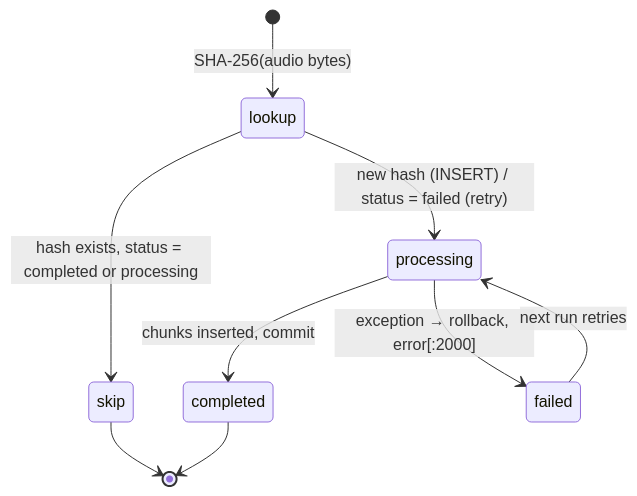
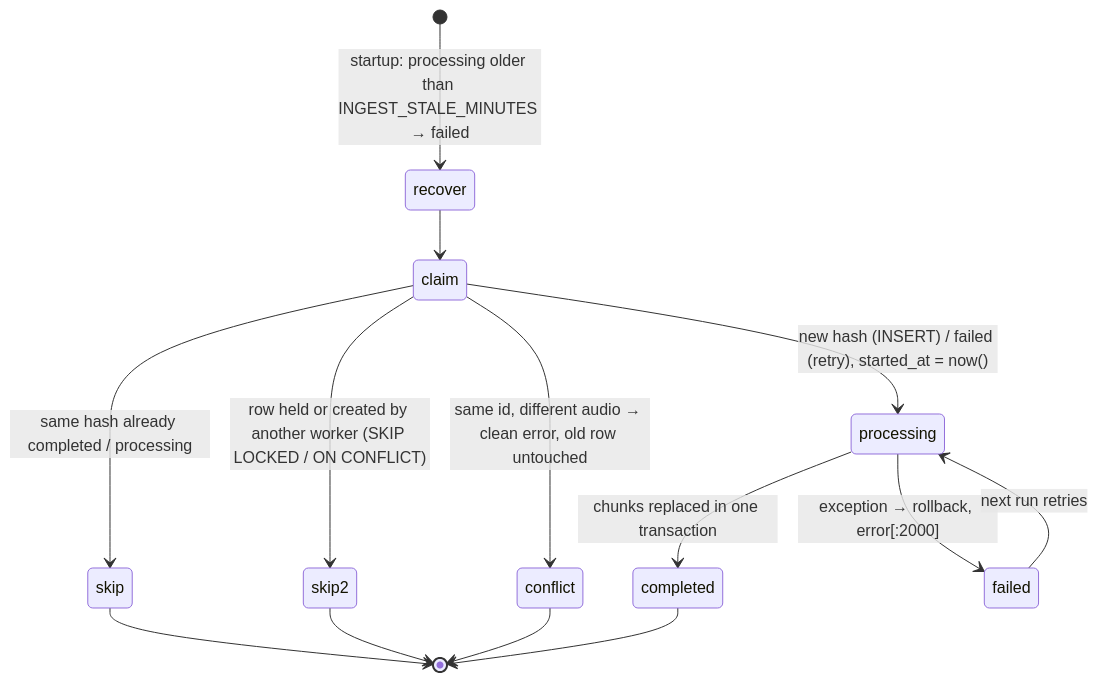
Before and after one commit to amolgupta7/G2-Hackathon: the second of 2 diagrams in docs/ARCHITECTURE.md, drawn with Mermaid. The commit also changed other lines of this file and 6 other files, not shown here.

First line of the commit message:
docs: architecture, evaluation, limitations, issues, agent disclosure

````diff
--- a/docs/ARCHITECTURE.md
+++ b/docs/ARCHITECTURE.md
@@ -93,11 +98,16 @@
 ```mermaid
 stateDiagram-v2
-  [*] --> lookup: SHA-256(audio bytes)
-  lookup --> skip: hash exists, status = completed or processing
-  lookup --> processing: new hash (INSERT) / status = failed (retry)
-  processing --> completed: chunks inserted, commit
+  [*] --> recover: startup: processing older than INGEST_STALE_MINUTES → failed
+  recover --> claim
+  claim --> skip: same hash already completed / processing
+  claim --> skip2: row held or created by another worker (SKIP LOCKED / ON CONFLICT)
+  claim --> conflict: same id, different audio → clean error, old row untouched
+  claim --> processing: new hash (INSERT) / failed (retry), started_at = now()
+  processing --> completed: chunks replaced in one transaction
   processing --> failed: exception → rollback, error[:2000]
   failed --> processing: next run retries
   skip --> [*]
+  skip2 --> [*]
+  conflict --> [*]
   completed --> [*]
 ```
````
